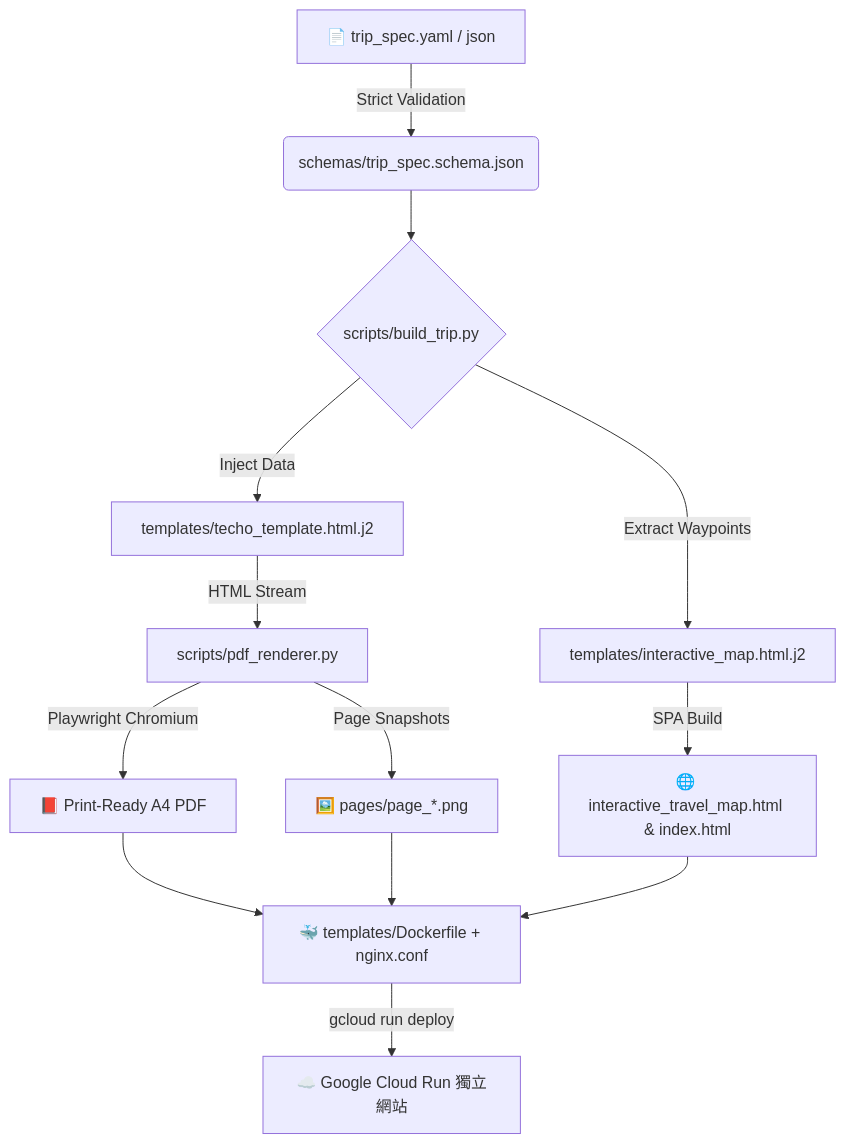
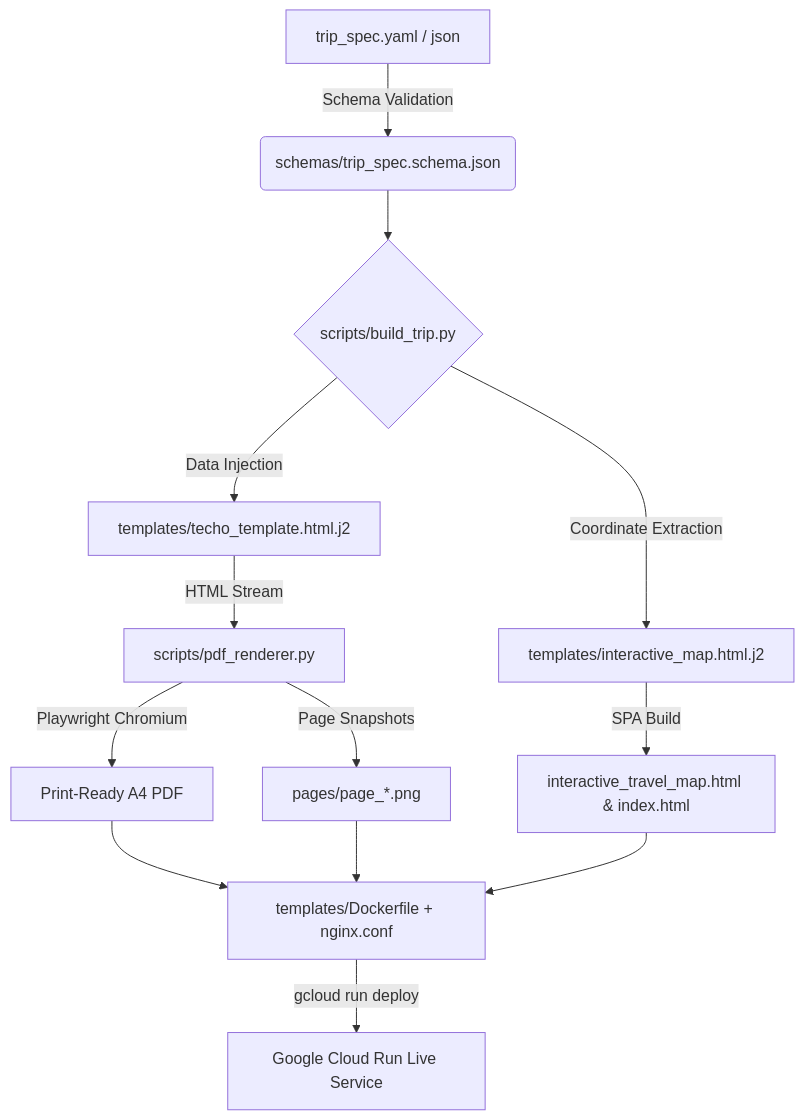
Before and after one commit to Leeababab/travel-planner-skill: the first of 2 diagrams in README.md, drawn with Mermaid. The commit also changed other lines of this file and 3 other files, not shown here.

````diff
--- a/README.md
+++ b/README.md
@@ -81,17 +42,17 @@
 ```mermaid
 flowchart TD
-    A[📄 trip_spec.yaml / json] -->|Strict Validation| B(schemas/trip_spec.schema.json)
+    A[trip_spec.yaml / json] -->|Schema Validation| B(schemas/trip_spec.schema.json)
     B --> C{scripts/build_trip.py}
     
-    C -->|Inject Data| D[templates/techo_template.html.j2]
-    C -->|Extract Waypoints| E[templates/interactive_map.html.j2]
+    C -->|Data Injection| D[templates/techo_template.html.j2]
+    C -->|Coordinate Extraction| E[templates/interactive_map.html.j2]
     
     D -->|HTML Stream| F[scripts/pdf_renderer.py]
-    F -->|Playwright Chromium| G[📕 Print-Ready A4 PDF]
-    F -->|Page Snapshots| H[🖼️ pages/page_*.png]
+    F -->|Playwright Chromium| G[Print-Ready A4 PDF]
+    F -->|Page Snapshots| H[pages/page_*.png]
     
-    E -->|SPA Build| I[🌐 interactive_travel_map.html & index.html]
+    E -->|SPA Build| I[interactive_travel_map.html & index.html]
     
-    G & H & I --> J[🐳 templates/Dockerfile + nginx.conf]
-    J -->|gcloud run deploy| K[☁️ Google Cloud Run 獨立網站]
+    G & H & I --> J[templates/Dockerfile + nginx.conf]
+    J -->|gcloud run deploy| K[Google Cloud Run Live Service]
 ```
````
